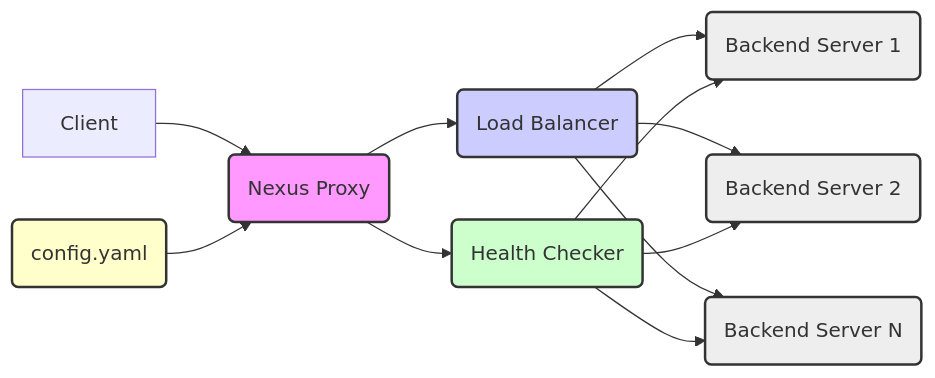
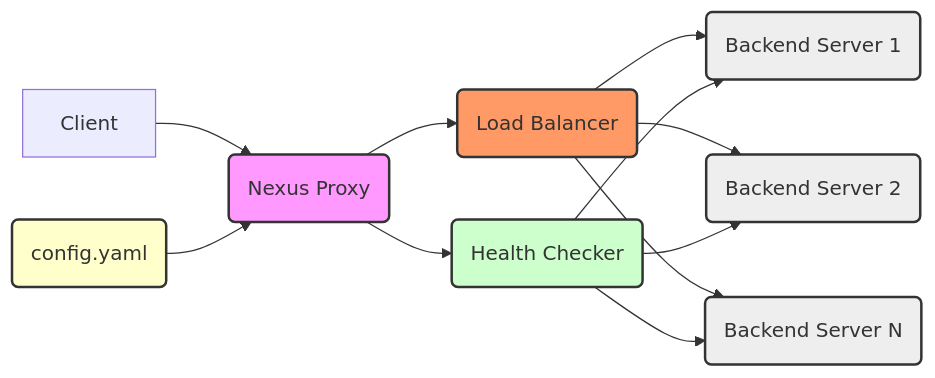
Before and after one commit to rust17/nexus: the diagram in README.md, drawn with Mermaid.

````diff
--- a/README.md
+++ b/README.md
@@ -5,24 +5,24 @@
 ```mermaid
 graph LR
     Client --> NexusProxy(Nexus Proxy)
     NexusProxy --> LoadBalancer(Load Balancer)
     LoadBalancer --> BackendServer1(Backend Server 1)
     LoadBalancer --> BackendServer2(Backend Server 2)
     LoadBalancer --> BackendServerN(Backend Server N)
     NexusProxy --> HealthChecker(Health Checker)
     HealthChecker --> BackendServer1
     HealthChecker --> BackendServer2
     HealthChecker --> BackendServerN
     Configuration(config.yaml) --> NexusProxy
 
     style NexusProxy fill:#f9f,stroke:#333,stroke-width:2px
-    style LoadBalancer fill:#ccf,stroke:#333,stroke-width:2px
+    style LoadBalancer fill:#ff9966,stroke:#333,stroke-width:2px
     style HealthChecker fill:#cfc,stroke:#333,stroke-width:2px
     style BackendServer1 fill:#eee,stroke:#333,stroke-width:2px
     style BackendServer2 fill:#eee,stroke:#333,stroke-width:2px
     style BackendServerN fill:#eee,stroke:#333,stroke-width:2px
     style Configuration fill:#ffc,stroke:#333,stroke-width:2px
 
     classDef component fill:#f9f,stroke:#333,stroke-width:2px
     class NexusProxy,LoadBalancer,HealthChecker,BackendServer1,BackendServer2,BackendServerN component
 ```
````
